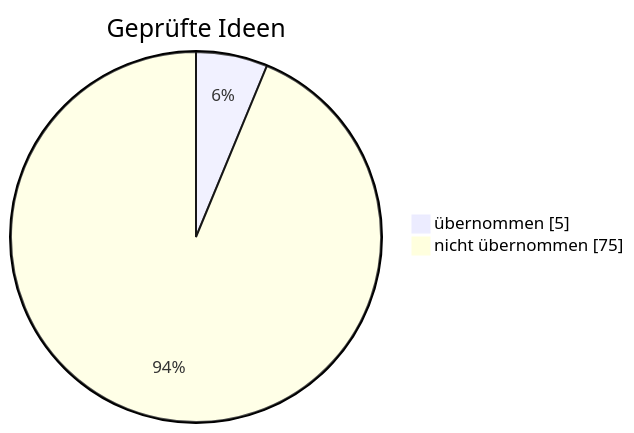
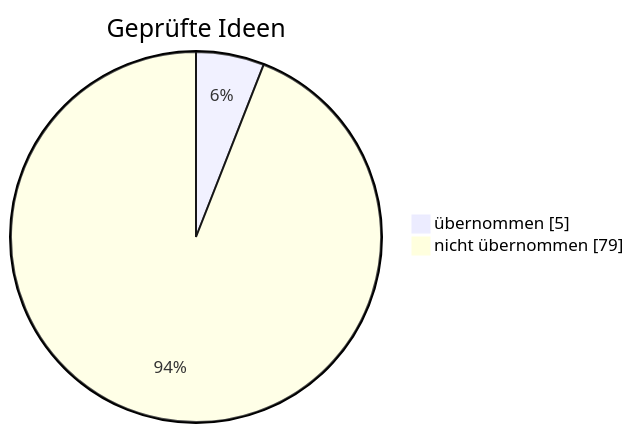
One commit to sickingmalte-arch/Test-Bot changed the diagram in gehirn/Notizen/Was der Bot schon weiß.md. Above: the diagram before and after it, drawn with Mermaid. The commit also changed other lines of this file and 3 other files, not shown here.

First line of the commit message:
Gehirn: Optionen geprüft – nicht übernommen

````diff
--- a/gehirn/Notizen/Was der Bot schon weiß.md
+++ b/gehirn/Notizen/Was der Bot schon weiß.md
@@ -22,6 +22,6 @@
 ```mermaid
 pie showData
     title Geprüfte Ideen
     "übernommen" : 5
-    "nicht übernommen" : 75
+    "nicht übernommen" : 79
 ```
````
